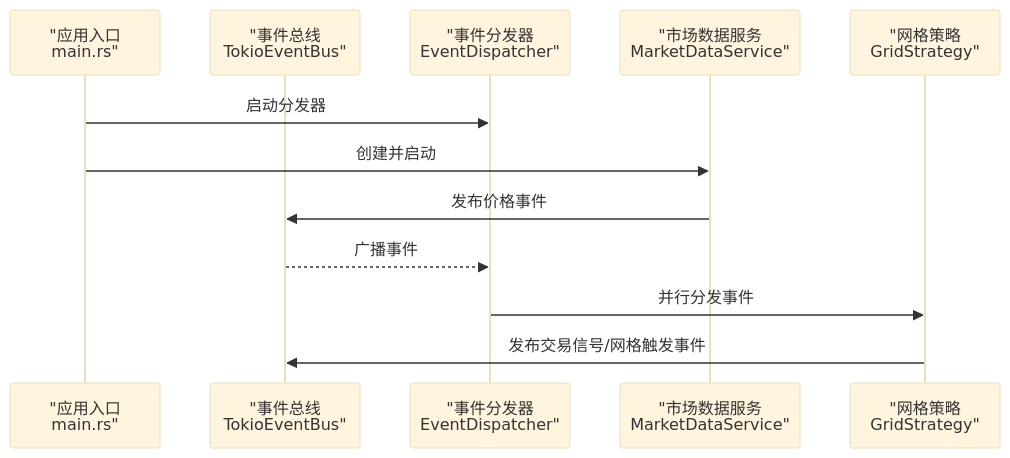
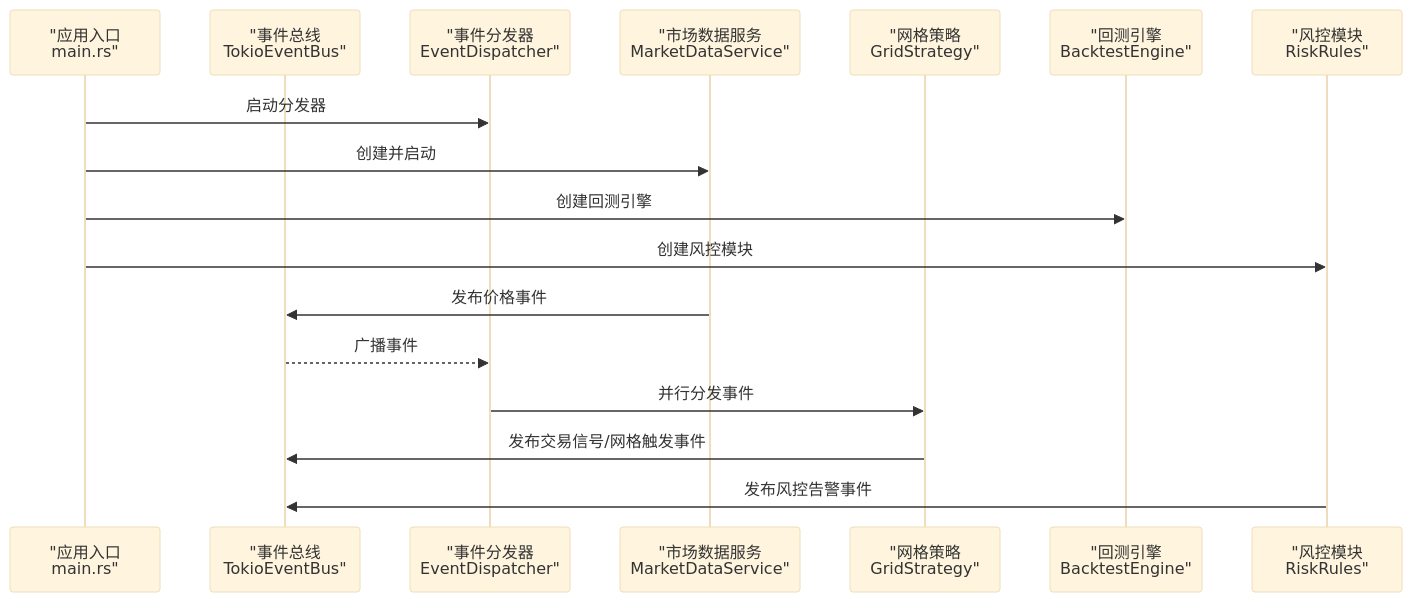
Before and after one commit to Heres1/binanceWebsocket: the second of 6 diagrams in .qoder/repowiki/zh/content/部署运维/部署配置.md, drawn with Mermaid (base theme). The commit also changed other lines of this file and 14 other files, not shown here.

````diff
--- a/.qoder/repowiki/zh/content/部署运维/部署配置.md
+++ b/.qoder/repowiki/zh/content/部署运维/部署配置.md
@@ -77,14 +112,19 @@
 ```mermaid
 sequenceDiagram
 participant App as "应用入口<br/>main.rs"
 participant Bus as "事件总线<br/>TokioEventBus"
 participant Disp as "事件分发器<br/>EventDispatcher"
 participant MDS as "市场数据服务<br/>MarketDataService"
 participant Strat as "网格策略<br/>GridStrategy"
+participant BT as "回测引擎<br/>BacktestEngine"
+participant Risk as "风控模块<br/>RiskRules"
 App->>Disp : 启动分发器
 App->>MDS : 创建并启动
+App->>BT : 创建回测引擎
+App->>Risk : 创建风控模块
 MDS->>Bus : 发布价格事件
 Bus-->>Disp : 广播事件
 Disp->>Strat : 并行分发事件
 Strat->>Bus : 发布交易信号/网格触发事件
+Risk->>Bus : 发布风控告警事件
 ```
````
